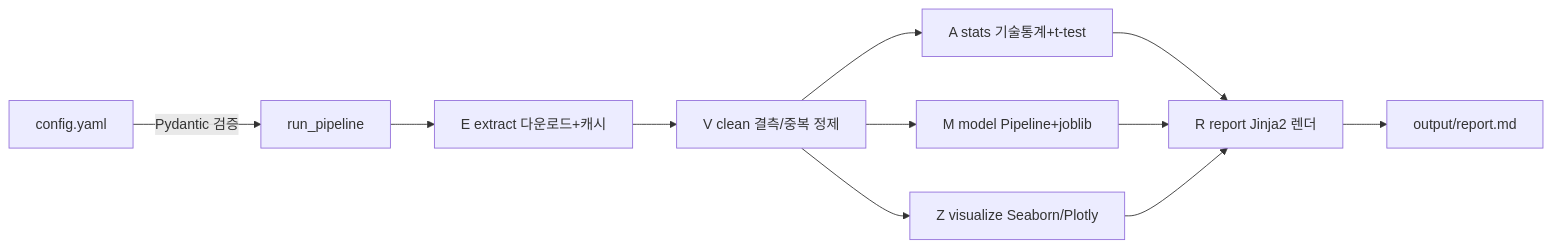
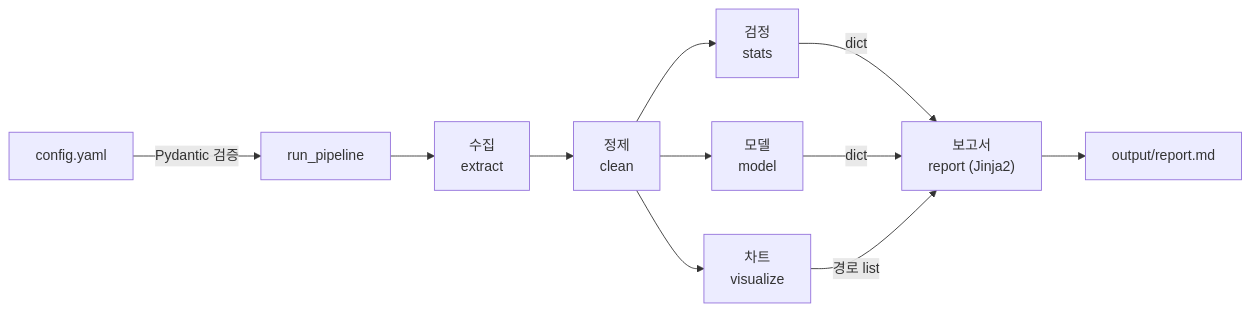
Before and after one commit to YooGyeongMo/SKALA-E2E-Analysis: the first of 2 diagrams in README.md, drawn with Mermaid. The commit also changed other lines of this file and 19 other files, not shown here.

````diff
--- a/README.md
+++ b/README.md
@@ -55,13 +170,13 @@
 ```mermaid
 flowchart LR
-    C[config.yaml] -->|Pydantic 검증| P[run_pipeline]
-    P --> E[E extract 다운로드+캐시]
-    E --> V[V clean 결측/중복 정제]
-    V --> A[A stats 기술통계+t-test]
-    V --> M[M model Pipeline+joblib]
-    V --> Z[Z visualize Seaborn/Plotly]
-    A --> R[R report Jinja2 렌더]
-    M --> R
-    Z --> R
-    R --> O[output/report.md]
+    C["config.yaml"] -->|"Pydantic 검증"| P["run_pipeline"]
+    P --> E["수집<br/>extract"]
+    E --> V["정제<br/>clean"]
+    V --> A["검정<br/>stats"]
+    V --> M["모델<br/>model"]
+    V --> Z["차트<br/>visualize"]
+    A -->|"dict"| R["보고서<br/>report (Jinja2)"]
+    M -->|"dict"| R
+    Z -->|"경로 list"| R
+    R --> O["output/report.md"]
 ```
````
